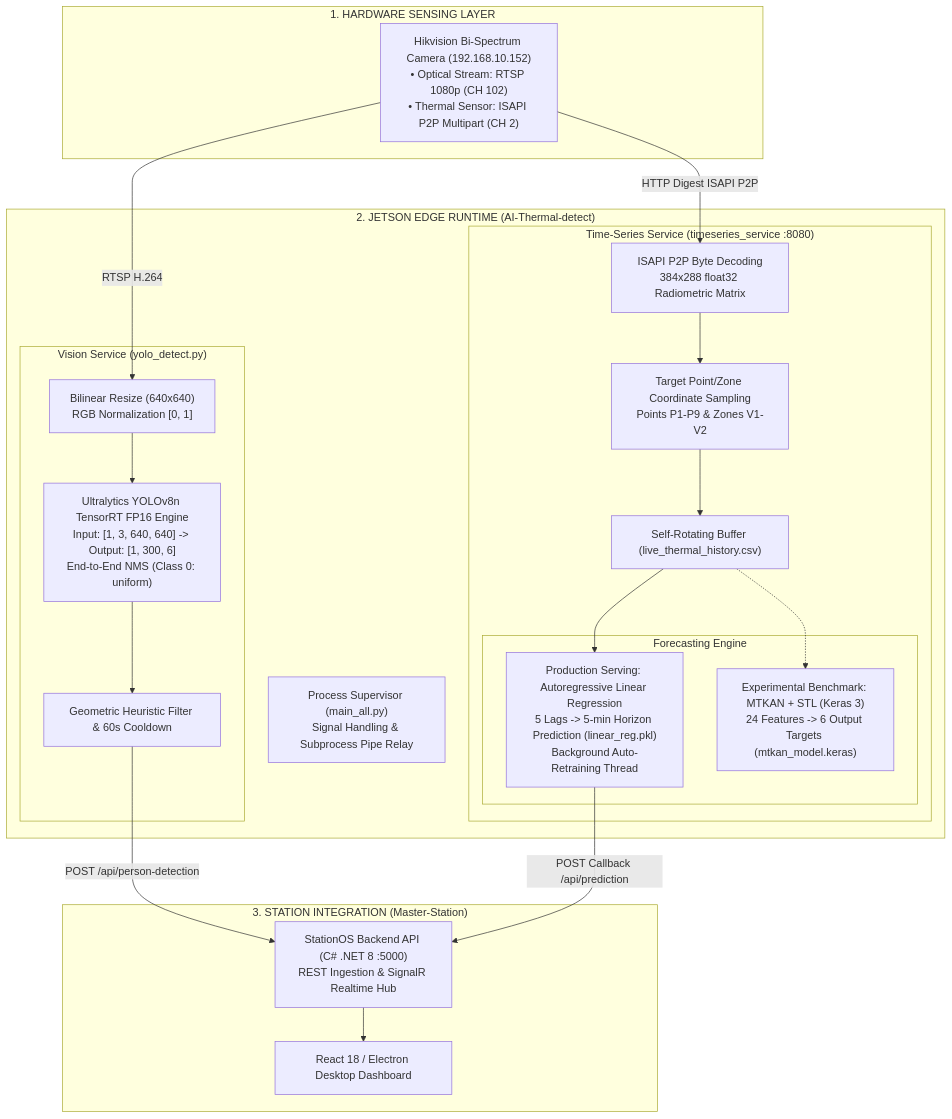
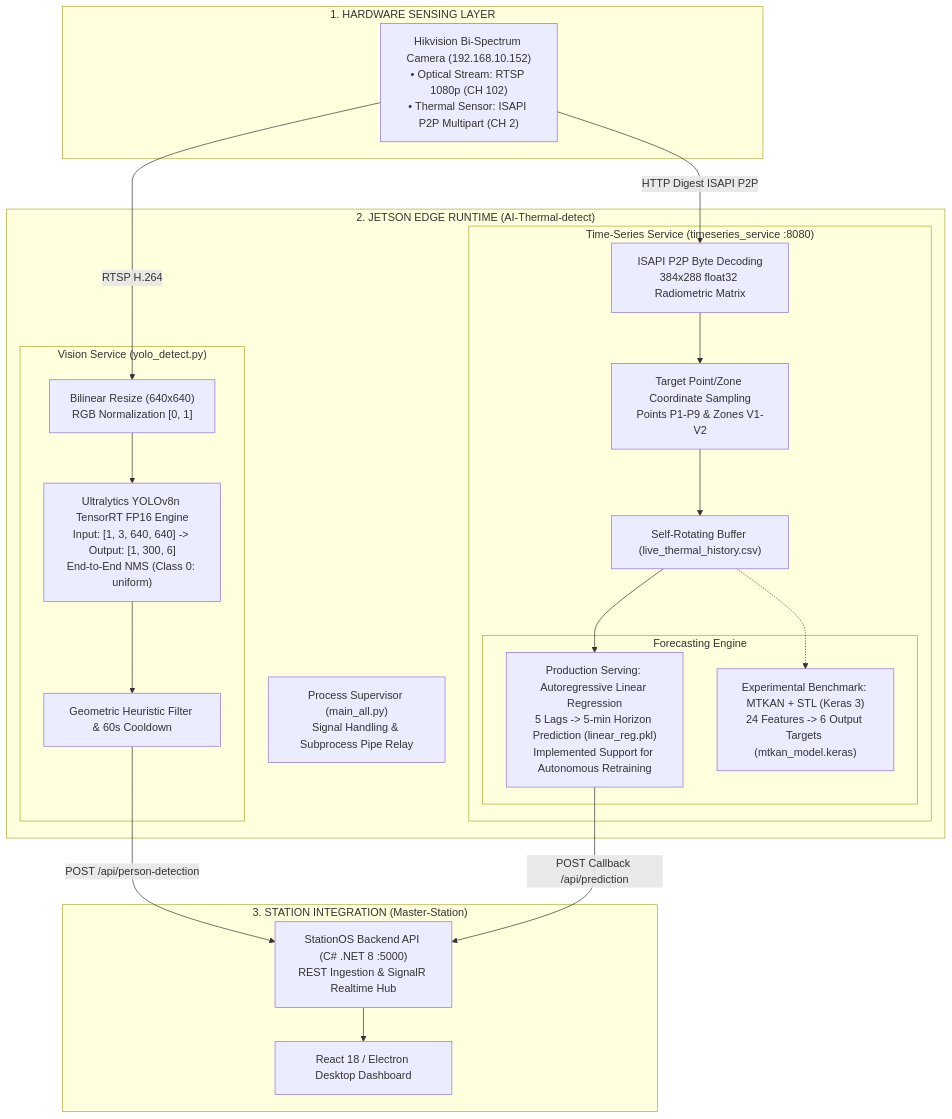
Before and after one commit to neitpm/AI-Thermal-detect: the diagram in README.md, drawn with Mermaid. The commit also changed other lines of this file and 7 other files, not shown here.

Commit message:
docs: add 3D volumetric tensor block architecture figures and refine README

````diff
--- a/README.md
+++ b/README.md
@@ -28,46 +28,46 @@
 ```mermaid
 flowchart TD
     subgraph Sensor_Layer["1. HARDWARE SENSING LAYER"]
         CAM["Hikvision Bi-Spectrum Camera (192.168.10.152)<br/>• Optical Stream: RTSP 1080p (CH 102)<br/>• Thermal Sensor: ISAPI P2P Multipart (CH 2)"]
     end
 
     subgraph Edge_Daemon["2. JETSON EDGE RUNTIME (AI-Thermal-detect)"]
         SUPERVISOR["Process Supervisor (main_all.py)<br/>Signal Handling & Subprocess Pipe Relay"]
 
         subgraph Vision_Daemon["Vision Service (yolo_detect.py)"]
             PRE_V["Bilinear Resize (640x640)<br/>RGB Normalization [0, 1]"]
             TRT_DET["Ultralytics YOLOv8n TensorRT FP16 Engine<br/>Input: [1, 3, 640, 640] -> Output: [1, 300, 6]<br/>End-to-End NMS (Class 0: uniform)"]
             FILTER_V["Geometric Heuristic Filter & 60s Cooldown"]
         end
 
         subgraph Thermal_Daemon["Time-Series Service (timeseries_service :8080)"]
             MAT_DEC["ISAPI P2P Byte Decoding<br/>384x288 float32 Radiometric Matrix"]
             SAMP["Target Point/Zone Coordinate Sampling<br/>Points P1-P9 & Zones V1-V2"]
             HIST["Self-Rotating Buffer (live_thermal_history.csv)"]
             
             subgraph Models["Forecasting Engine"]
-                PROD_LR["Production Serving: Autoregressive Linear Regression<br/>5 Lags -> 5-min Horizon Prediction (linear_reg.pkl)<br/>Background Auto-Retraining Thread"]
+                PROD_LR["Production Serving: Autoregressive Linear Regression<br/>5 Lags -> 5-min Horizon Prediction (linear_reg.pkl)<br/>Implemented Support for Autonomous Retraining"]
                 EXP_KAN["Experimental Benchmark: MTKAN + STL (Keras 3)<br/>24 Features -> 6 Output Targets (mtkan_model.keras)"]
             end
         end
     end
 
     subgraph Station_Layer["3. STATION INTEGRATION (Master-Station)"]
         BACKEND["StationOS Backend API (C# .NET 8 :5000)<br/>REST Ingestion & SignalR Realtime Hub"]
         UI["React 18 / Electron Desktop Dashboard"]
     end
 
     CAM -->|"RTSP H.264"| PRE_V
     PRE_V --> TRT_DET
     TRT_DET --> FILTER_V
     FILTER_V -->|"POST /api/person-detection"| BACKEND
 
     CAM -->|"HTTP Digest ISAPI P2P"| MAT_DEC
     MAT_DEC --> SAMP
     SAMP --> HIST
     HIST --> PROD_LR
     HIST -.-> EXP_KAN
     PROD_LR -->|"POST Callback /api/prediction"| BACKEND
 
     BACKEND --> UI
 ```
````
